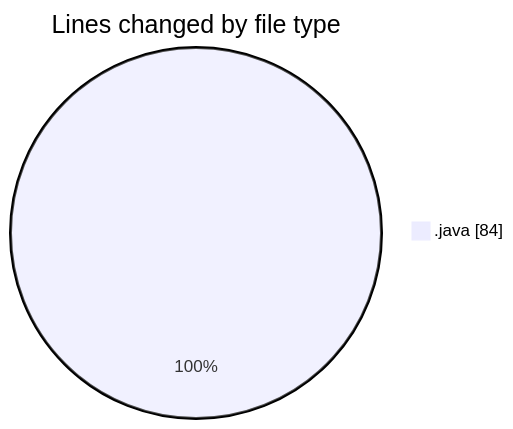
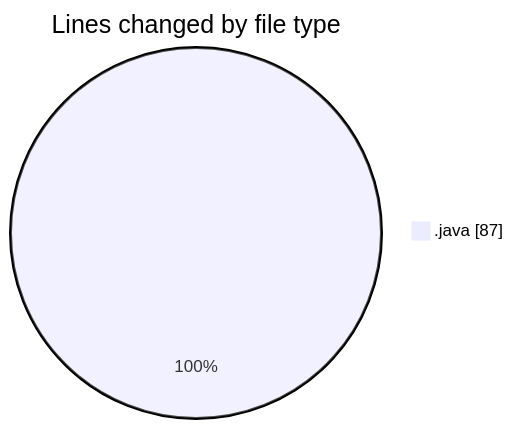
One commit to ricardozamudiocil/code-tracking changed the first of 2 diagrams in 2026-09-04/cilapp/README.md. Above: the diagram before and after it, drawn with Mermaid. The commit also changed other lines of this file and 1 other file, not shown here.

````diff
--- a/2026-09-04/cilapp/README.md
+++ b/2026-09-04/cilapp/README.md
@@ -21,5 +21,5 @@
 ```mermaid
 pie showData
 title Lines changed by file type
-".java" : 84
+".java" : 87
 ```
````
